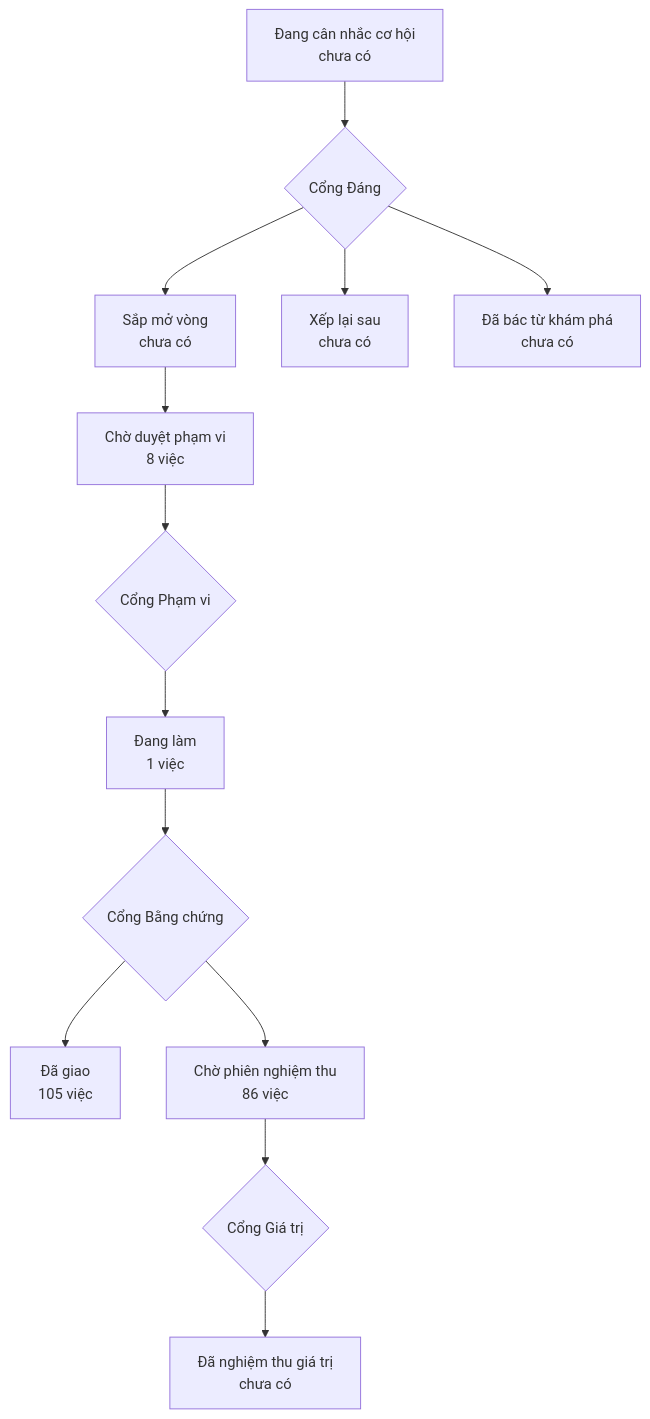
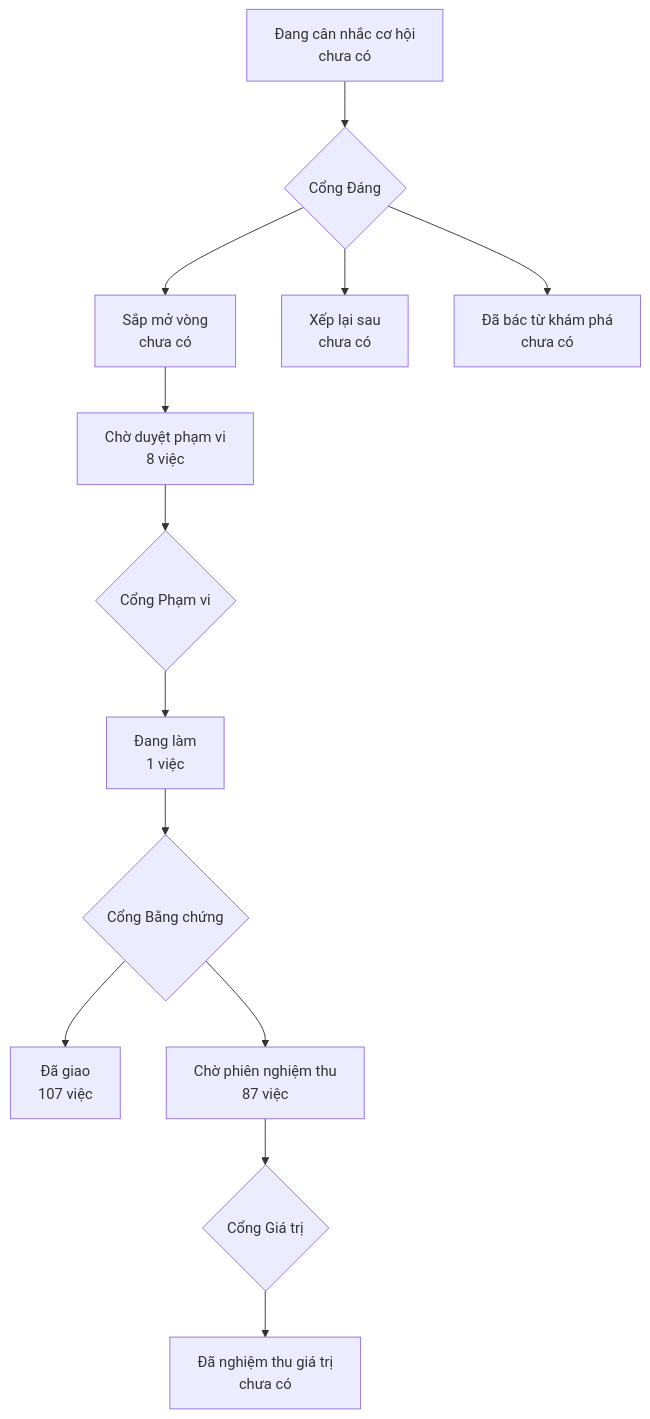
Before and after one commit to phanlemanh/onehub-invest: the diagram in PRODUCT-MAP.md, drawn with Mermaid. The commit also changed other lines of this file and 2 other files, not shown here.

Commit message:
chore(chuyen-huong-ma-thi-truong): implemented — vào S4

````diff
--- a/PRODUCT-MAP.md
+++ b/PRODUCT-MAP.md
@@ -7,12 +7,12 @@
 ```mermaid
 flowchart TD
   A["Đang cân nhắc cơ hội<br/>chưa có"] --> GD{"Cổng Đáng"}
   GD --> B["Sắp mở vòng<br/>chưa có"]
   GD --> XL["Xếp lại sau<br/>chưa có"]
   GD --> DB["Đã bác từ khám phá<br/>chưa có"]
   B --> CD["Chờ duyệt phạm vi<br/>8 việc"] --> GP{"Cổng Phạm vi"}
   GP --> DL["Đang làm<br/>1 việc"] --> GB{"Cổng Bằng chứng"}
-  GB --> DG["Đã giao<br/>105 việc"]
-  GB --> CN["Chờ phiên nghiệm thu<br/>86 việc"] --> GG{"Cổng Giá trị"}
+  GB --> DG["Đã giao<br/>107 việc"]
+  GB --> CN["Chờ phiên nghiệm thu<br/>87 việc"] --> GG{"Cổng Giá trị"}
   GG --> NT["Đã nghiệm thu giá trị<br/>chưa có"]
 ```
````
